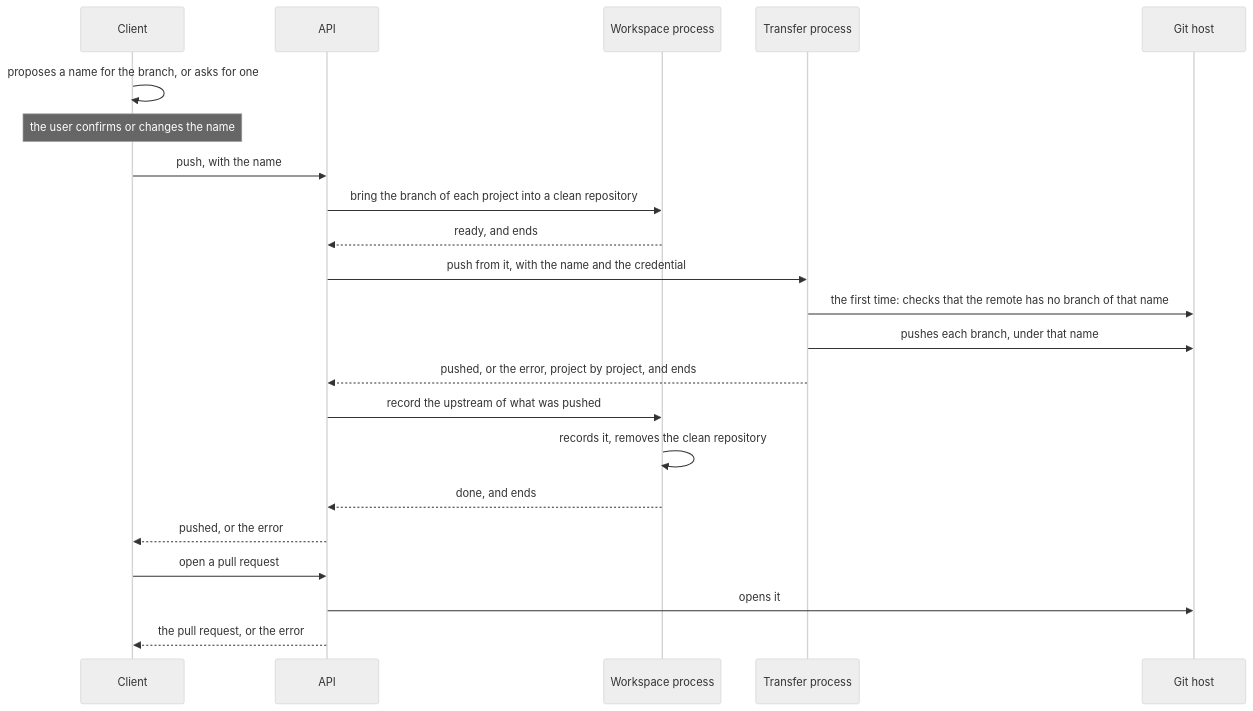
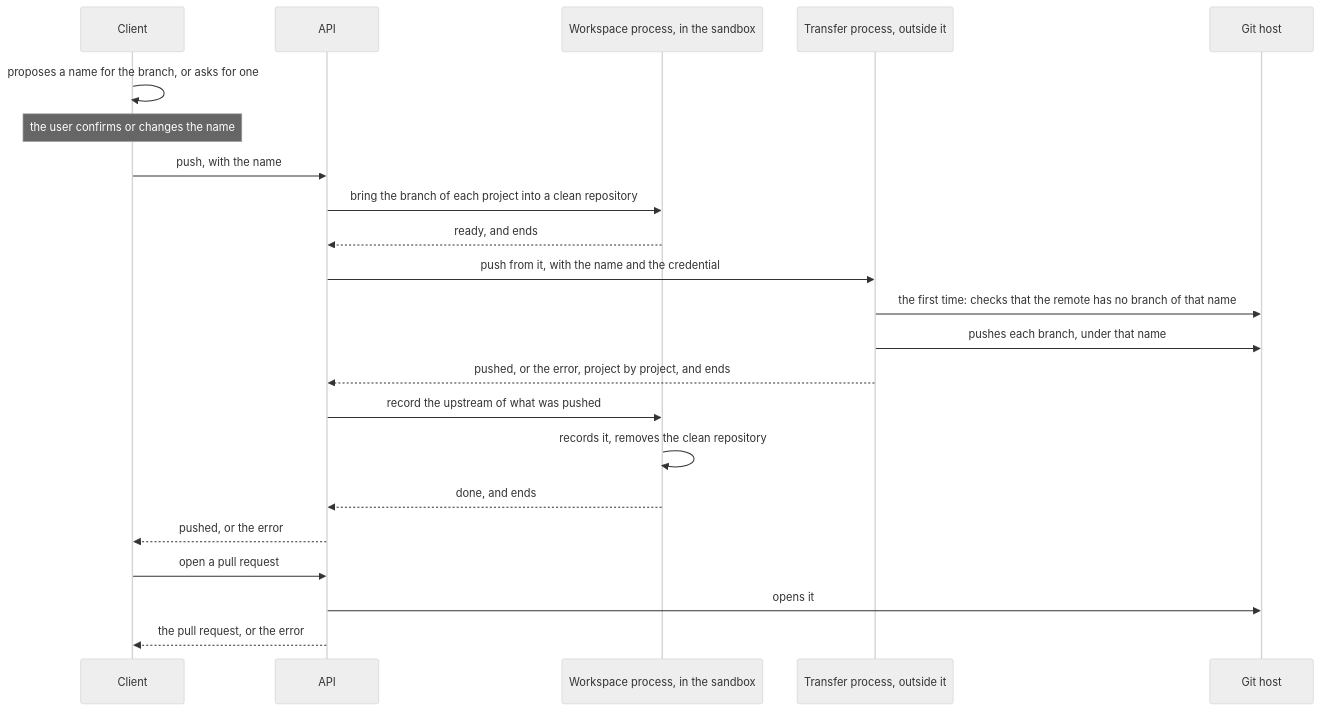
One commit to Mikode13/harness-docs changed the diagram in flows/changes-and-push.md. Above: the diagram before and after it, drawn with Mermaid (neutral theme). The commit also changed other lines of this file and 14 other files, not shown here.

````diff
--- a/flows/changes-and-push.md
+++ b/flows/changes-and-push.md
@@ -52,26 +62,26 @@
 ```mermaid
 sequenceDiagram
     participant C as Client
     participant A as API
-    participant W as Workspace process
-    participant T as Transfer process
+    participant W as Workspace process, in the sandbox
+    participant T as Transfer process, outside it
     participant G as Git host
 
     C->>C: proposes a name for the branch, or asks for one
     Note over C: the user confirms or changes the name
     C->>A: push, with the name
     A->>W: bring the branch of each project into a clean repository
     W-->>A: ready, and ends
     A->>T: push from it, with the name and the credential
     T->>G: the first time: checks that the remote has no branch of that name
     T->>G: pushes each branch, under that name
     T-->>A: pushed, or the error, project by project, and ends
     A->>W: record the upstream of what was pushed
     W->>W: records it, removes the clean repository
     W-->>A: done, and ends
     A-->>C: pushed, or the error
 
     C->>A: open a pull request
     A->>G: opens it
     A-->>C: the pull request, or the error
 ```
````
